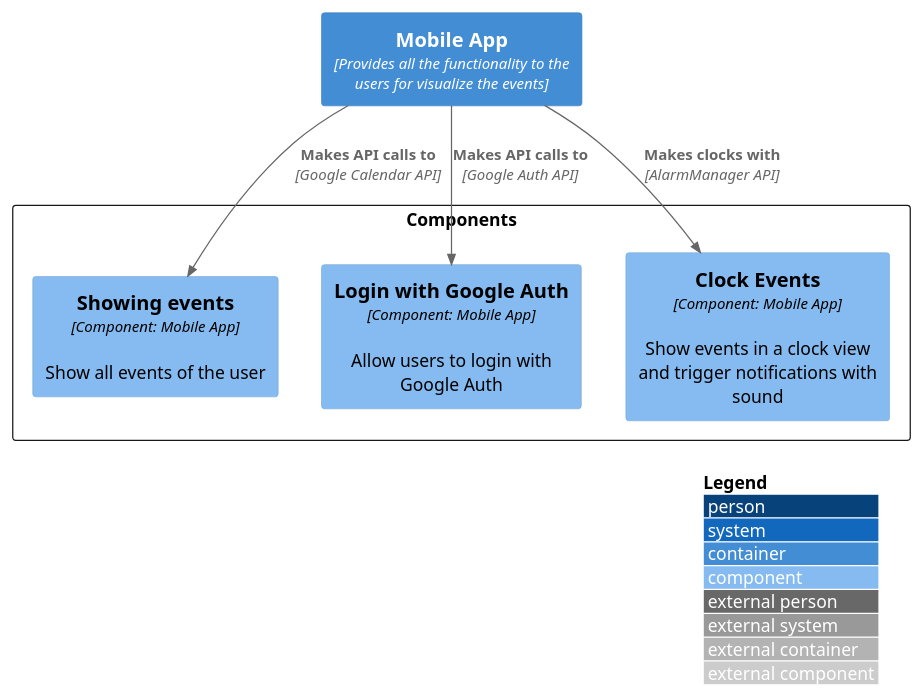
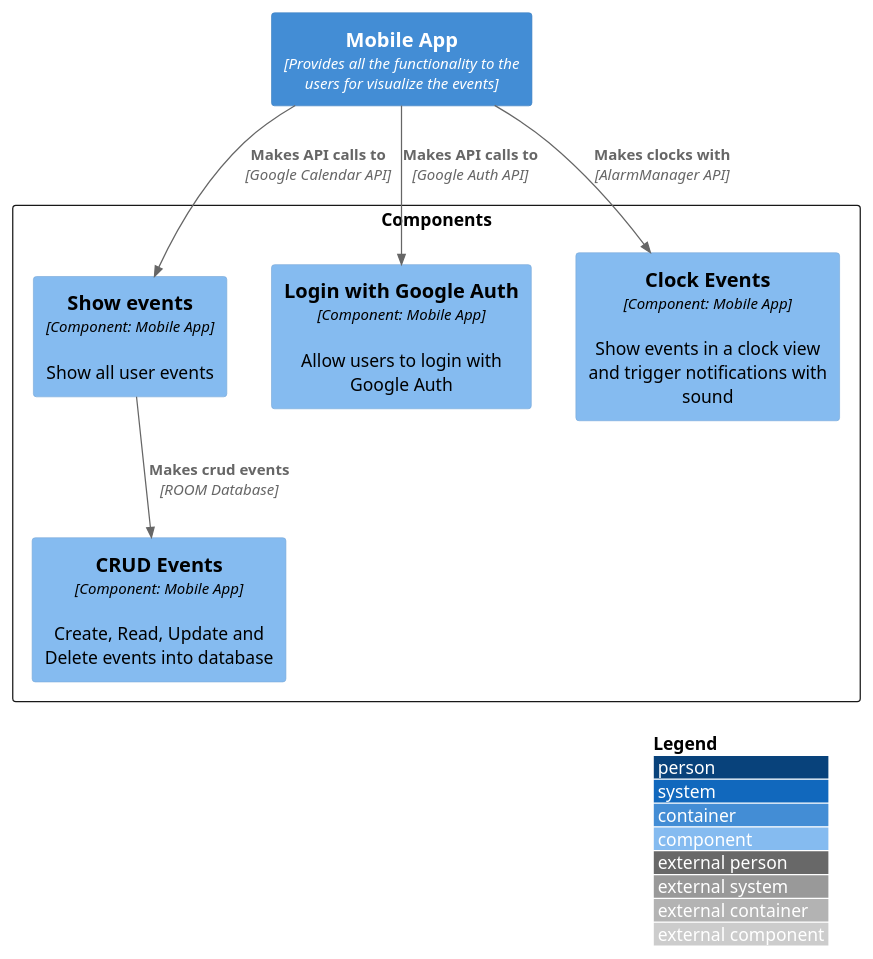
One commit to tumusx/software-docs changed the diagram in easy_calendar/src/components/componentes.puml. Above: the diagram before and after it, drawn with PlantUML. The commit also changed 1 other file, not shown here.

```diff
--- a/easy_calendar/src/components/componentes.puml
+++ b/easy_calendar/src/components/componentes.puml
@@ -1,17 +1,19 @@
 @startuml 
 !include https://raw.githubusercontent.com/adrianvlupu/C4-PlantUML/latest/C4_Component.puml
 
 LAYOUT_WITH_LEGEND()
 
 Container(mobileApp, "Mobile App", "Provides all the functionality to the users for visualize the events")
 rectangle "Components" {
-    Component(visualizeEvents, "Showing events", "Component: Mobile App", "Show all events of the user")
+    Component(visualizeEvents, "Show events", "Component: Mobile App", "Show all user events")
+    Component(saveEvents, "CRUD Events", "Component: Mobile App", "Create, Read, Update and Delete events into database")
     Component(login, "Login with Google Auth", "Component: Mobile App", "Allow users to login with Google Auth")
     Component(event_clock, "Clock Events", "Component: Mobile App", "Show events in a clock view and trigger notifications with sound")
 }
 
 Rel(mobileApp, visualizeEvents, "Makes API calls to", "Google Calendar API")
 Rel(mobileApp, event_clock, "Makes clocks with", "AlarmManager API")
+Rel(visualizeEvents, saveEvents, "Makes crud events", "ROOM Database")
 Rel(mobileApp, login, "Makes API calls to", "Google Auth API")
 
 @enduml
```
